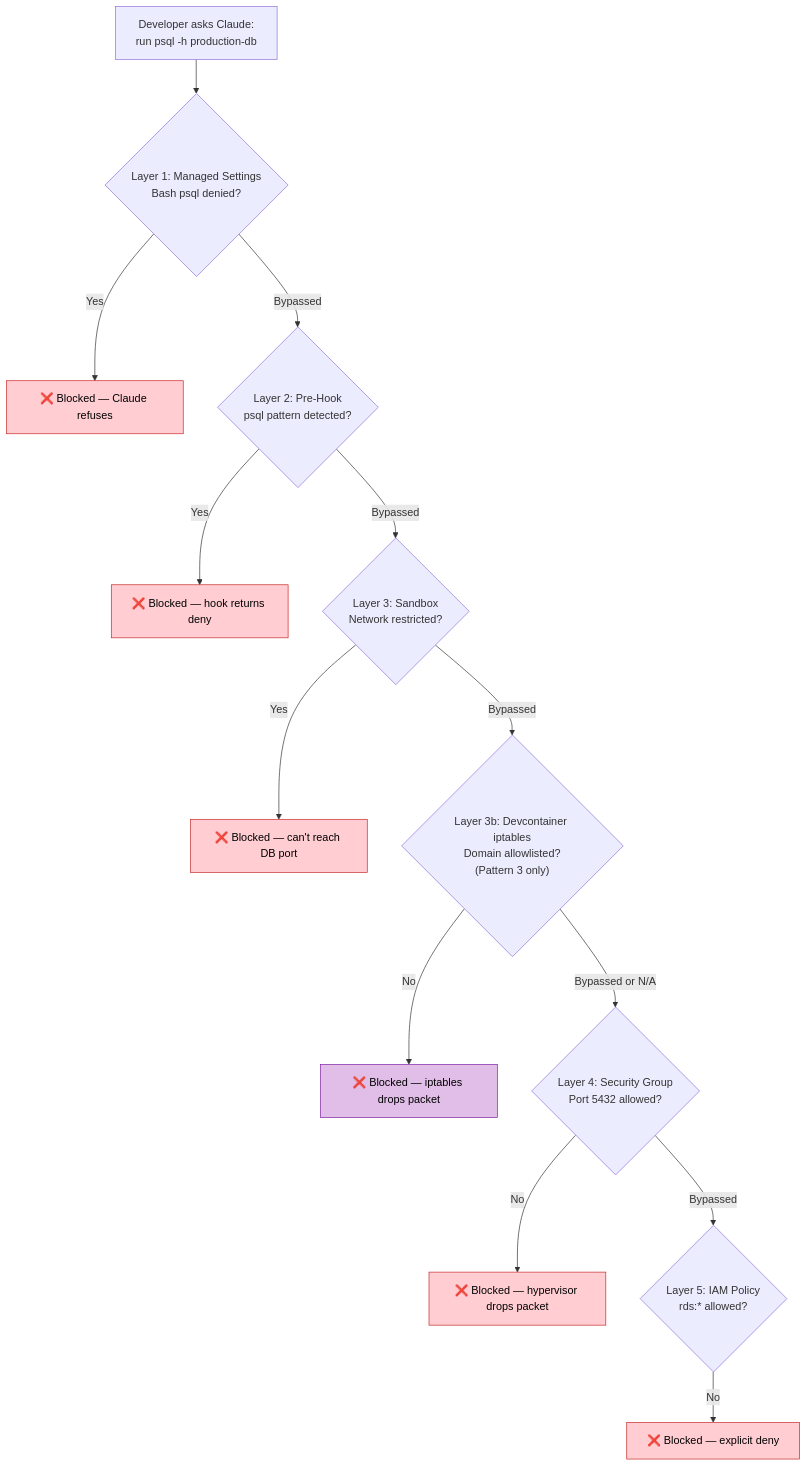
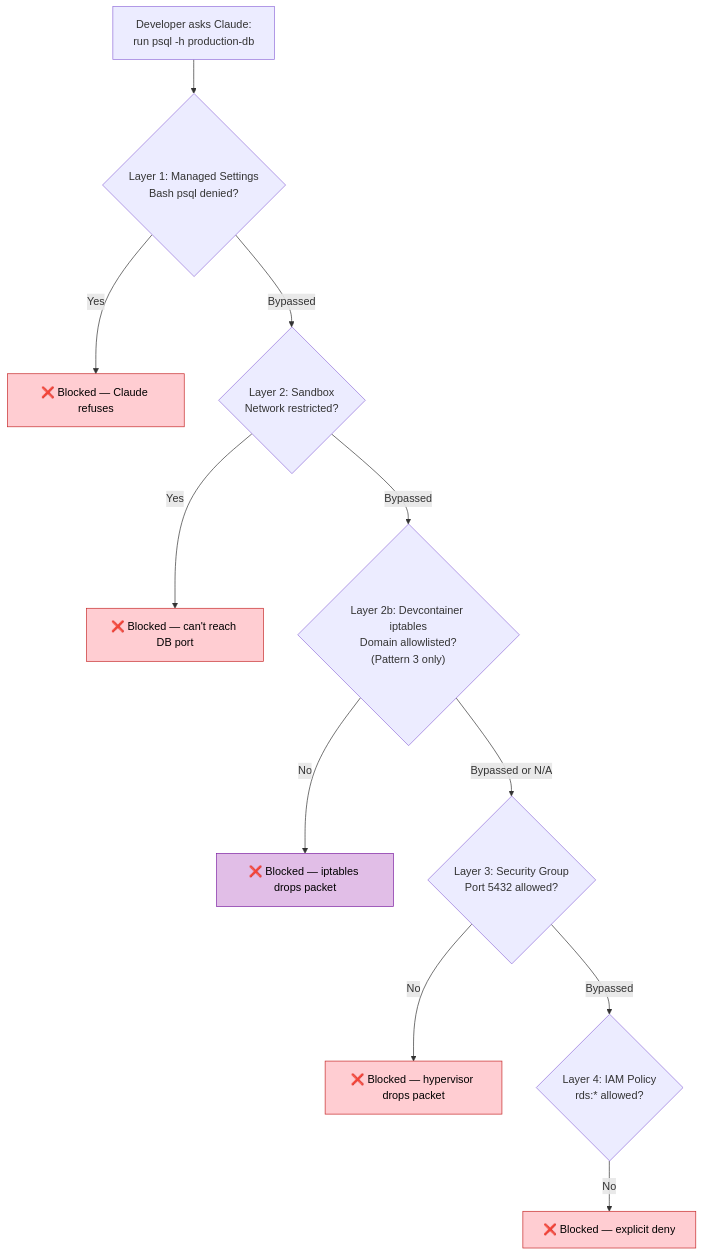
Before and after one commit to aidin-repo/claude-code-ec2-isolation: the third of 4 diagrams in README.md, drawn with Mermaid. The commit also changed other lines of this file and 1 other file, not shown here.

Commit message:
Remove pre-hooks — managed settings deny rules make them redundant

````diff
--- a/README.md
+++ b/README.md
@@ -261,22 +260,19 @@
 ```mermaid
 graph TD
   A["Developer asks Claude:<br>run psql -h production-db"] --> B{"Layer 1: Managed Settings<br>Bash psql denied?"}
   B -->|Yes| C["❌ Blocked — Claude refuses"]
-  B -->|Bypassed| D{"Layer 2: Pre-Hook<br>psql pattern detected?"}
-  D -->|Yes| E["❌ Blocked — hook returns deny"]
-  D -->|Bypassed| F{"Layer 3: Sandbox<br>Network restricted?"}
+  B -->|Bypassed| F{"Layer 2: Sandbox<br>Network restricted?"}
   F -->|Yes| G["❌ Blocked — can't reach DB port"]
-  F -->|Bypassed| F2{"Layer 3b: Devcontainer iptables<br>Domain allowlisted?<br>(Pattern 3 only)"}
+  F -->|Bypassed| F2{"Layer 2b: Devcontainer iptables<br>Domain allowlisted?<br>(Pattern 3 only)"}
   F2 -->|No| G2["❌ Blocked — iptables drops packet"]
-  F2 -->|Bypassed or N/A| H{"Layer 4: Security Group<br>Port 5432 allowed?"}
+  F2 -->|Bypassed or N/A| H{"Layer 3: Security Group<br>Port 5432 allowed?"}
   H -->|No| I["❌ Blocked — hypervisor drops packet"]
-  H -->|Bypassed| J{"Layer 5: IAM Policy<br>rds:* allowed?"}
+  H -->|Bypassed| J{"Layer 4: IAM Policy<br>rds:* allowed?"}
   J -->|No| K["❌ Blocked — explicit deny"]
 
   style C fill:#ffcdd2,stroke:#c62828,color:#000
-  style E fill:#ffcdd2,stroke:#c62828,color:#000
   style G fill:#ffcdd2,stroke:#c62828,color:#000
   style G2 fill:#e1bee7,stroke:#7b1fa2,color:#000
   style I fill:#ffcdd2,stroke:#c62828,color:#000
   style K fill:#ffcdd2,stroke:#c62828,color:#000
 ```
````
